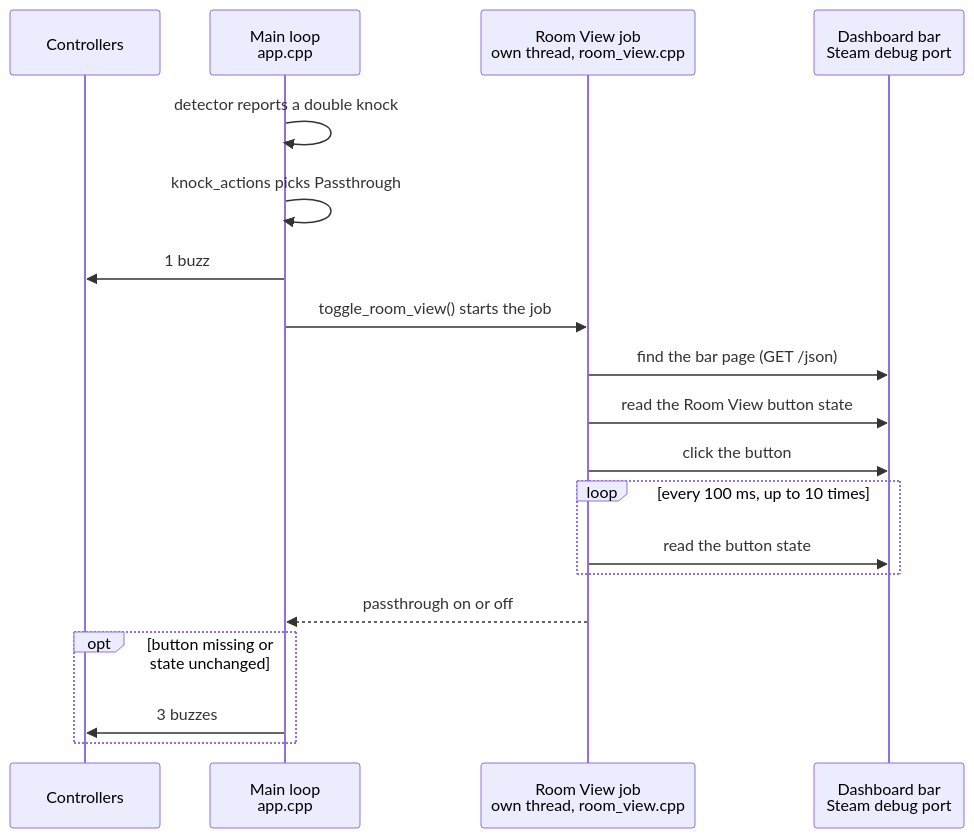
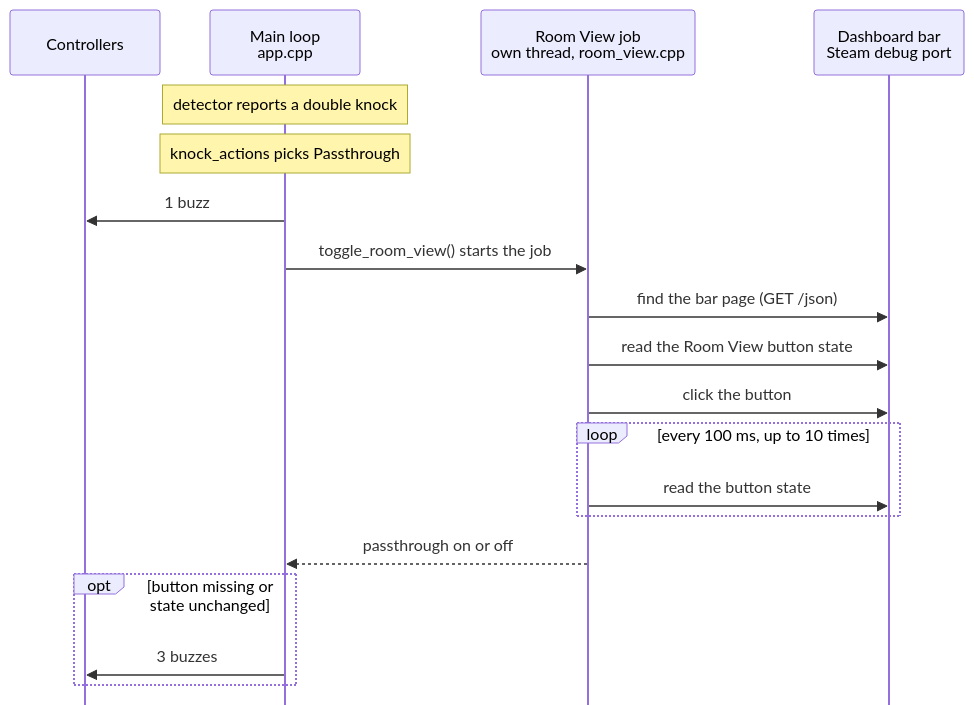
Before and after one commit to VioletTides/KnockThru: the third of 3 diagrams in docs/how-the-app-works.md, drawn with Mermaid. The commit also changed other lines of this file, not shown here.

Commit message:
Lay out the app diagrams for GitHub's renderer
GitHub draws Mermaid with the ELK layout, where the left-to-right diagrams shrank to small text and slid under the zoom buttons. The context and pose rate diagrams now run top to bottom. The sequence diagram drops the repeated participant boxes at the bottom, and the two steps inside the main loop are notes, so their text no longer crosses its line.

````diff
--- a/docs/how-the-app-works.md
+++ b/docs/how-the-app-works.md
@@ -53,22 +52,23 @@
 ```mermaid
+%%{init: {"sequence": {"mirrorActors": false}}}%%
 sequenceDiagram
     participant C as Controllers
     participant M as Main loop<br/>app.cpp
     participant J as Room View job<br/>own thread, room_view.cpp
     participant B as Dashboard bar<br/>Steam debug port
 
-    M->>M: detector reports a double knock
-    M->>M: knock_actions picks Passthrough
+    Note over M: detector reports a double knock
+    Note over M: knock_actions picks Passthrough
     M->>C: 1 buzz
     M->>J: toggle_room_view() starts the job
     J->>B: find the bar page (GET /json)
     J->>B: read the Room View button state
     J->>B: click the button
     loop every 100 ms, up to 10 times
         J->>B: read the button state
     end
     J-->>M: passthrough on or off
     opt button missing or state unchanged
         M->>C: 3 buzzes
     end
 ```
````
